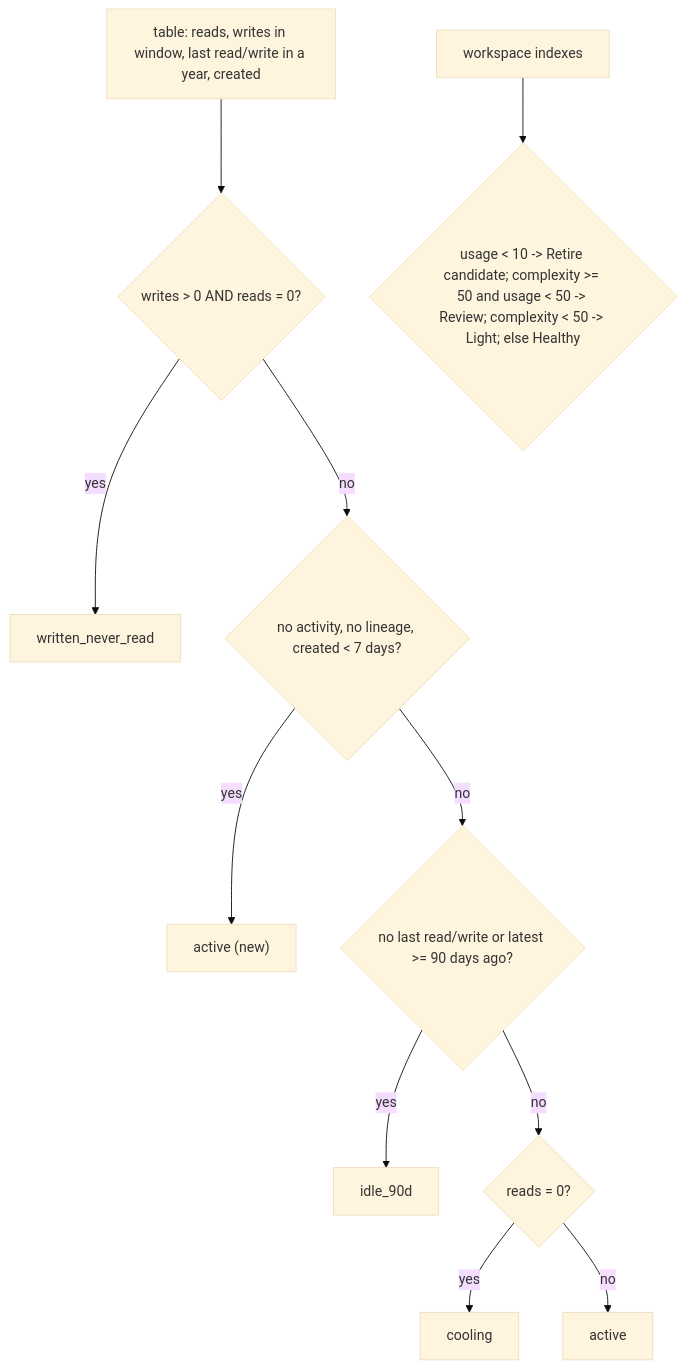
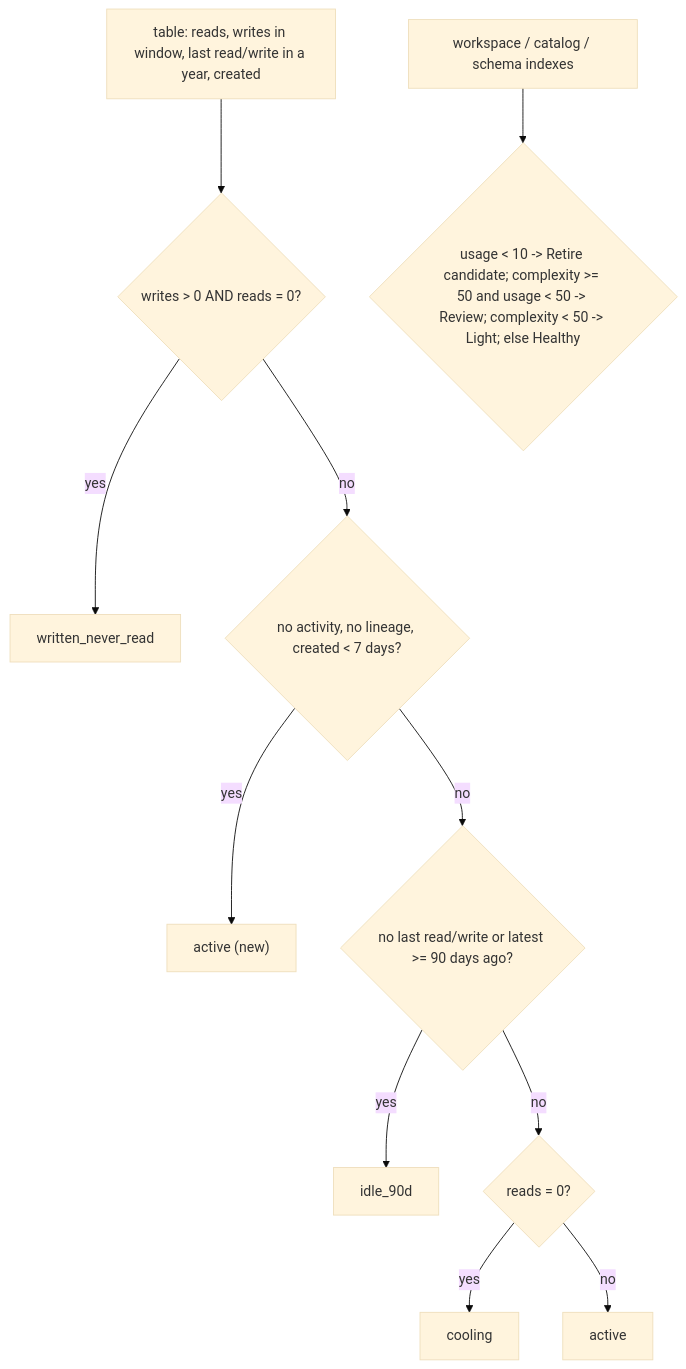
The diagram in databricks-audit-app-knowledge-graph/logic/data_usage_class_and_index.md (darshanmeel/databricks-audit-app), drawn with Mermaid (base theme) before and after one commit. The commit also changed other lines of this file and 43 other files, not shown here.

Commit message:
Graph updated for the Data usage Catalogs and Schemas sub-tabs: 8,356 nodes and 23,475 edges

````diff
--- a/databricks-audit-app-knowledge-graph/logic/data_usage_class_and_index.md
+++ b/databricks-audit-app-knowledge-graph/logic/data_usage_class_and_index.md
@@ -5,13 +5,13 @@
 ```mermaid
 flowchart TD
   T["table: reads, writes in window, last read/write in a year, created"] --> A{"writes > 0 AND reads = 0?"}
   A -- yes --> WNR[written_never_read]
   A -- no --> NEW{"no activity, no lineage, created < 7 days?"}
   NEW -- yes --> ACTN["active (new)"]
   NEW -- no --> I{"no last read/write or latest >= 90 days ago?"}
   I -- yes --> IDLE[idle_90d]
   I -- no --> C{reads = 0?}
   C -- yes --> COOL[cooling]
   C -- no --> ACT[active]
-  W[workspace indexes] --> S{"usage < 10 -> Retire candidate; complexity >= 50 and usage < 50 -> Review; complexity < 50 -> Light; else Healthy"}
+  W["workspace / catalog / schema indexes"] --> S{"usage < 10 -> Retire candidate; complexity >= 50 and usage < 50 -> Review; complexity < 50 -> Light; else Healthy"}
 ```
````
